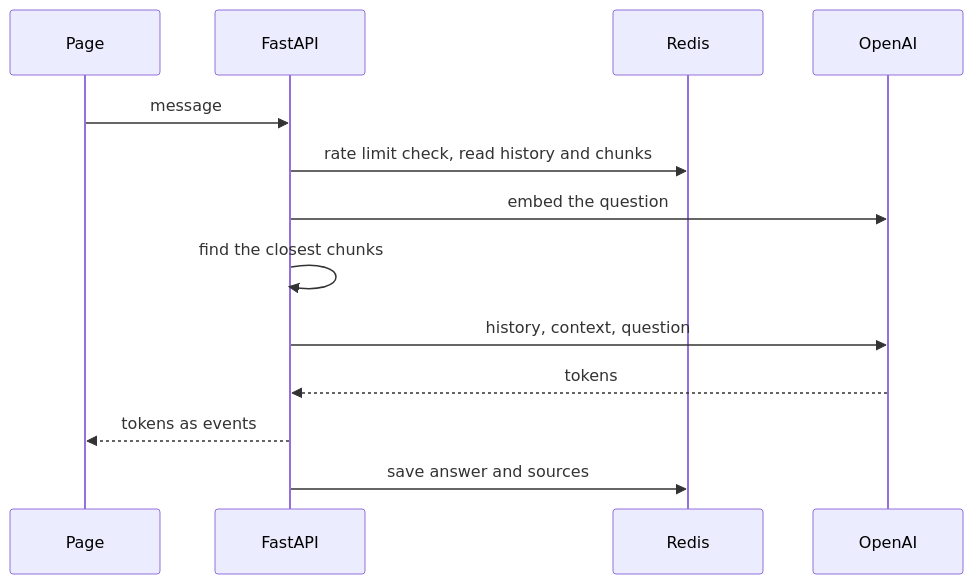
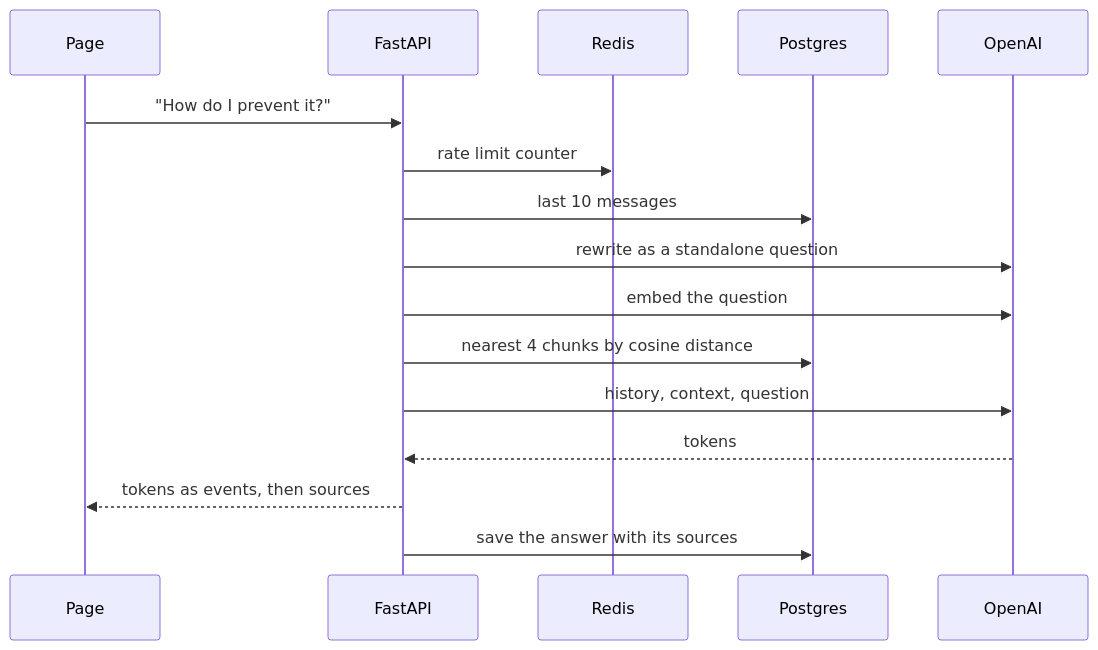
One commit to Thommans-Playground/coursera-IBM-RAG-Agentic-AI-Professional-Certificate changed the second of 2 diagrams in course2/fullstack-chat/README.md. Above: the diagram before and after it, drawn with Mermaid. The commit also changed other lines of this file and 33 other files, not shown here.

````diff
--- a/course2/fullstack-chat/README.md
+++ b/course2/fullstack-chat/README.md
@@ -70,15 +79,18 @@
 ```mermaid
 sequenceDiagram
     participant P as Page
     participant A as FastAPI
     participant R as Redis
+    participant D as Postgres
     participant M as OpenAI
-    P->>A: message
-    A->>R: rate limit check, read history and chunks
+    P->>A: "How do I prevent it?"
+    A->>R: rate limit counter
+    A->>D: last 10 messages
+    A->>M: rewrite as a standalone question
     A->>M: embed the question
-    A->>A: find the closest chunks
+    A->>D: nearest 4 chunks by cosine distance
     A->>M: history, context, question
     M-->>A: tokens
-    A-->>P: tokens as events
-    A->>R: save answer and sources
+    A-->>P: tokens as events, then sources
+    A->>D: save the answer with its sources
 ```
````
